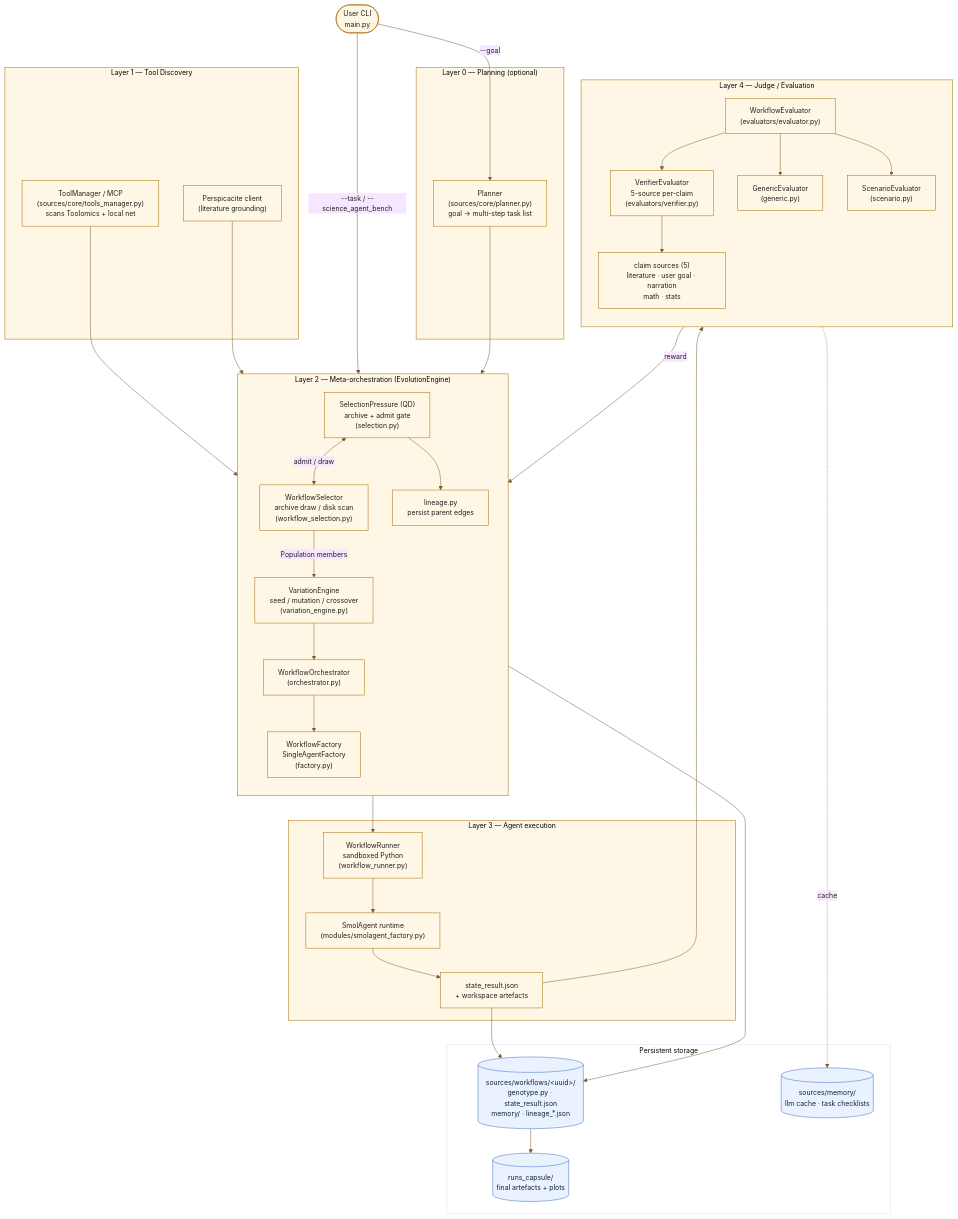
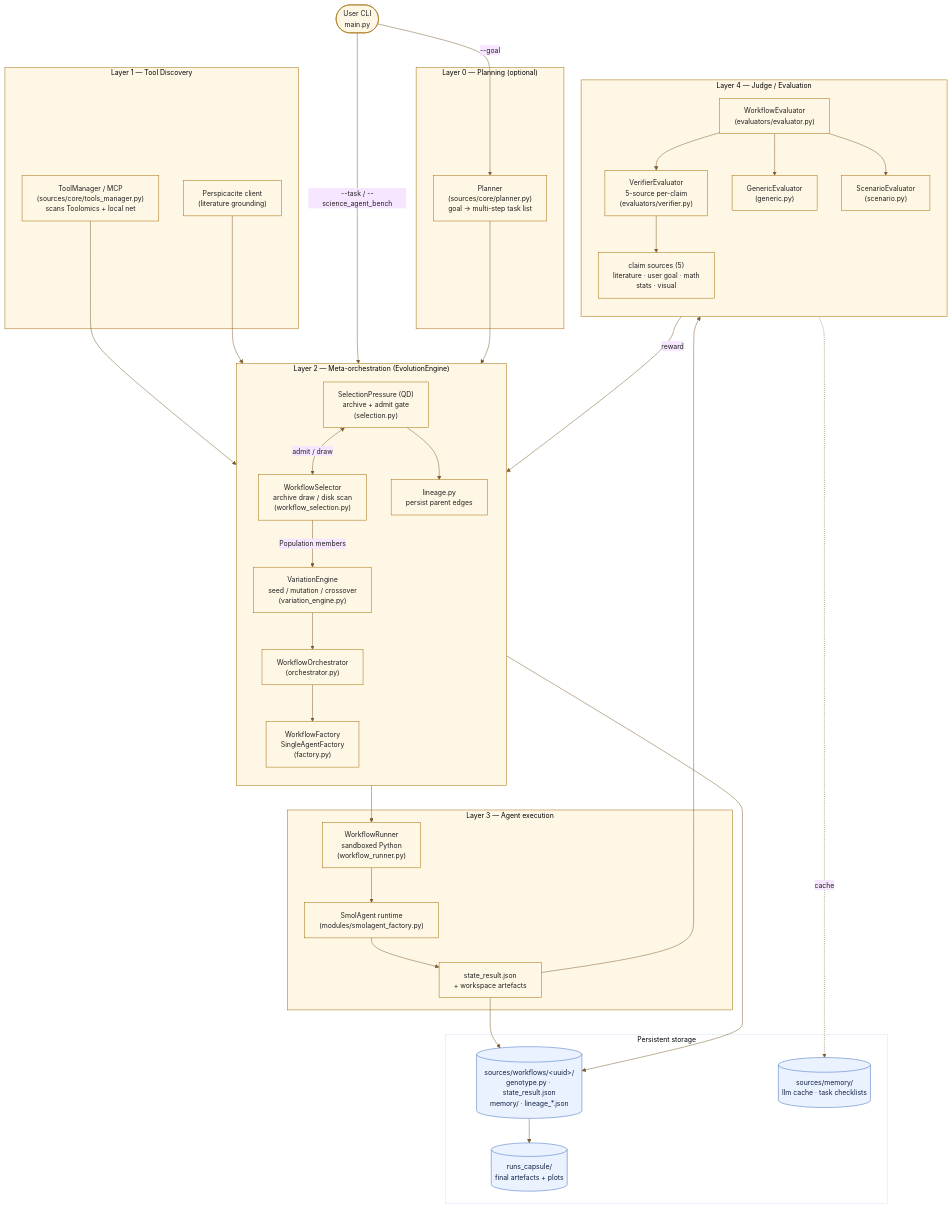
One commit to HolobiomicsLab/Mimosa-AI changed the diagram in docs/diagrams/architecture_overall.mermaid. Above: the diagram before and after it, drawn with Mermaid. The commit also changed 15 other files, not shown here.

```diff
--- a/docs/diagrams/architecture_overall.mermaid
+++ b/docs/diagrams/architecture_overall.mermaid
@@ -1,85 +1,85 @@
 %%{init: {"theme": "base", "themeVariables": {
   "primaryColor": "#FFF7E6",
   "primaryBorderColor": "#A36A00",
   "primaryTextColor": "#202020",
   "lineColor": "#7A5C2E",
   "fontSize": "14px"
 }} }%%
 flowchart TB
     %% =============== entry ===================================================
     User([User CLI<br/>main.py])
 
     subgraph L0["Layer 0 — Planning (optional)"]
         Planner["Planner<br/>(sources/core/planner.py)<br/>goal → multi-step task list"]
     end
 
     subgraph L1["Layer 1 — Tool Discovery"]
         Tools["ToolManager / MCP<br/>(sources/core/tools_manager.py)<br/>scans Toolomics + local net"]
         Persp["Perspicacite client<br/>(literature grounding)"]
     end
 
     subgraph L2["Layer 2 — Meta-orchestration (EvolutionEngine)"]
         direction TB
         ParentSel["WorkflowSelector<br/>archive draw / disk scan<br/>(workflow_selection.py)"]
         Selection["SelectionPressure (QD)<br/>archive + admit gate<br/>(selection.py)"]
         Variation["VariationEngine<br/>seed / mutation / crossover<br/>(variation_engine.py)"]
         Orch["WorkflowOrchestrator<br/>(orchestrator.py)"]
         Factory["WorkflowFactory<br/>SingleAgentFactory<br/>(factory.py)"]
         Lineage["lineage.py<br/>persist parent edges"]
     end
 
     subgraph L3["Layer 3 — Agent execution"]
         Runner["WorkflowRunner<br/>sandboxed Python<br/>(workflow_runner.py)"]
         Smol["SmolAgent runtime<br/>(modules/smolagent_factory.py)"]
         State["state_result.json<br/>+ workspace artefacts"]
     end
 
     subgraph L4["Layer 4 — Judge / Evaluation"]
         direction TB
         Eval["WorkflowEvaluator<br/>(evaluators/evaluator.py)"]
         Verifier["VerifierEvaluator<br/>5-source per-claim<br/>(evaluators/verifier.py)"]
-        Sources["claim sources (5)<br/>literature · user goal · narration<br/>math · stats"]
+        Sources["claim sources (5)<br/>literature · user goal · math<br/>stats · visual"]
         Generic["GenericEvaluator<br/>(generic.py)"]
         Scenario["ScenarioEvaluator<br/>(scenario.py)"]
     end
 
     subgraph Storage["Persistent storage"]
         WFs[("sources/workflows/&lt;uuid&gt;/<br/>genotype.py · state_result.json<br/>memory/ · lineage_*.json")]
         Capsule[("runs_capsule/<br/>final artefacts + plots")]
         Cache[("sources/memory/<br/>llm cache · task checklists")]
     end
 
     %% =============== flows ===================================================
     User -->|--goal| Planner
     User -->|--task / --science_agent_bench| L2
     Planner --> L2
 
     Tools --> Factory
     Persp --> Orch
 
     ParentSel -->|Population members| Variation
     Selection <-->|admit / draw| ParentSel
     Variation --> Orch
     Orch --> Factory
     Factory --> Runner
     Runner --> Smol
     Smol --> State
 
     State --> Eval
     Eval --> Verifier
     Verifier --> Sources
     Eval --> Generic
     Eval --> Scenario
 
     Eval -- reward --> Selection
     Selection --> Lineage
     Lineage --> WFs
     State --> WFs
     WFs --> Capsule
     Eval -.cache.-> Cache
 
     %% =============== styling =================================================
     classDef layer fill:#FFF7E6,stroke:#A36A00,stroke-width:1px;
     classDef store fill:#EAF2FF,stroke:#3D6BBF,color:#102040;
     class L0,L1,L2,L3,L4 layer;
     class WFs,Capsule,Cache store;
```
